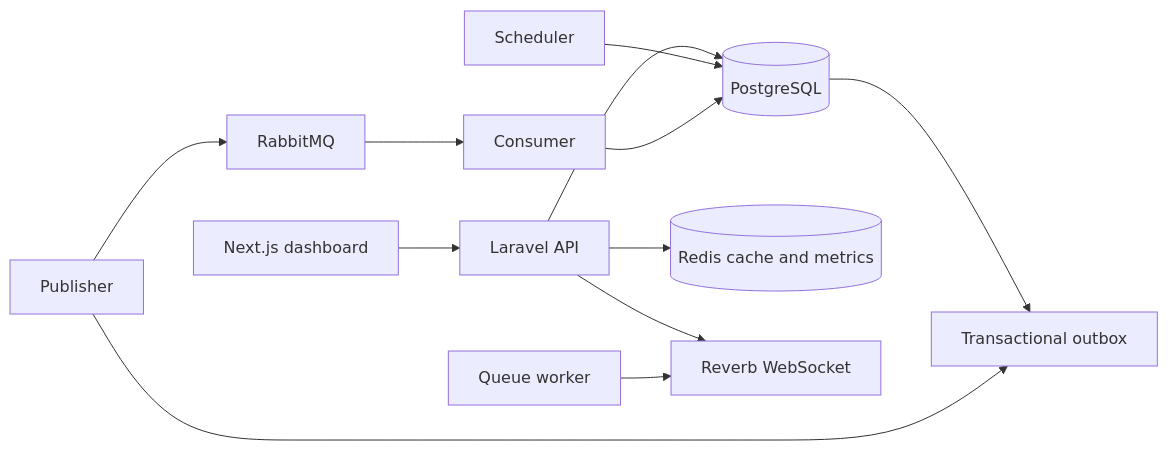
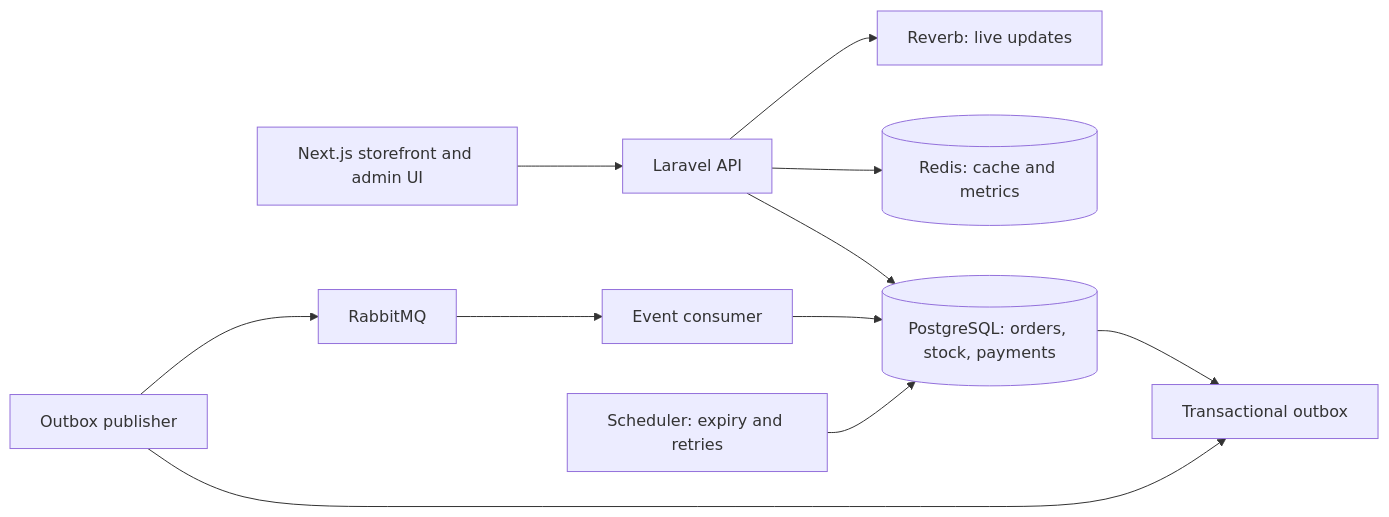
The first of 2 diagrams in README.md (reiky03/OrderForge), drawn with Mermaid before and after one commit. The commit also changed other lines of this file and 6 other files, not shown here.

````diff
--- a/README.md
+++ b/README.md
@@ -7,14 +66,13 @@
 ```mermaid
 flowchart LR
-  Browser[Next.js dashboard] --> API[Laravel API]
-  API --> PG[(PostgreSQL)]
-  API --> Redis[(Redis cache and metrics)]
-  API --> Reverb[Reverb WebSocket]
-  Scheduler[Scheduler] --> PG
+  Browser[Next.js storefront and admin UI] --> API[Laravel API]
+  API --> PG[(PostgreSQL: orders, stock, payments)]
+  API --> Redis[(Redis: cache and metrics)]
+  API --> Reverb[Reverb: live updates]
   PG --> Outbox[Transactional outbox]
-  Publisher[Publisher] --> Outbox
+  Publisher[Outbox publisher] --> Outbox
   Publisher --> Rabbit[RabbitMQ]
-  Rabbit --> Consumer[Consumer]
+  Rabbit --> Consumer[Event consumer]
   Consumer --> PG
-  Worker[Queue worker] --> Reverb
+  Scheduler[Scheduler: expiry and retries] --> PG
 ```
````
